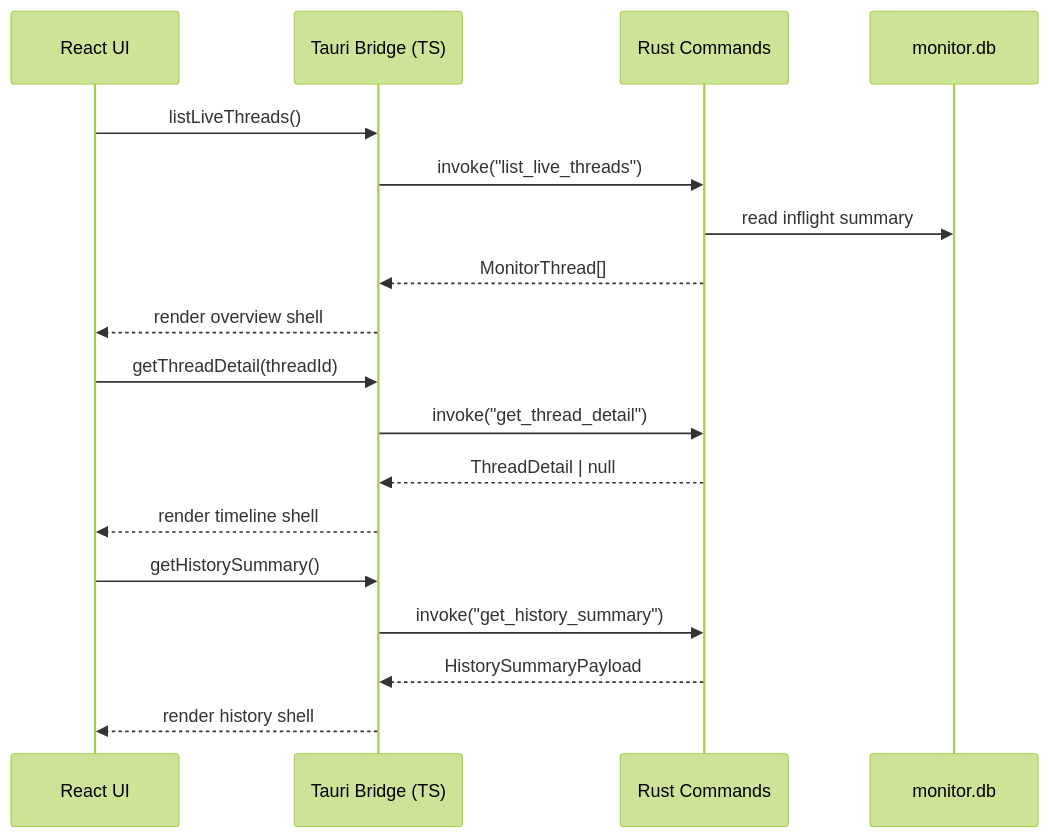
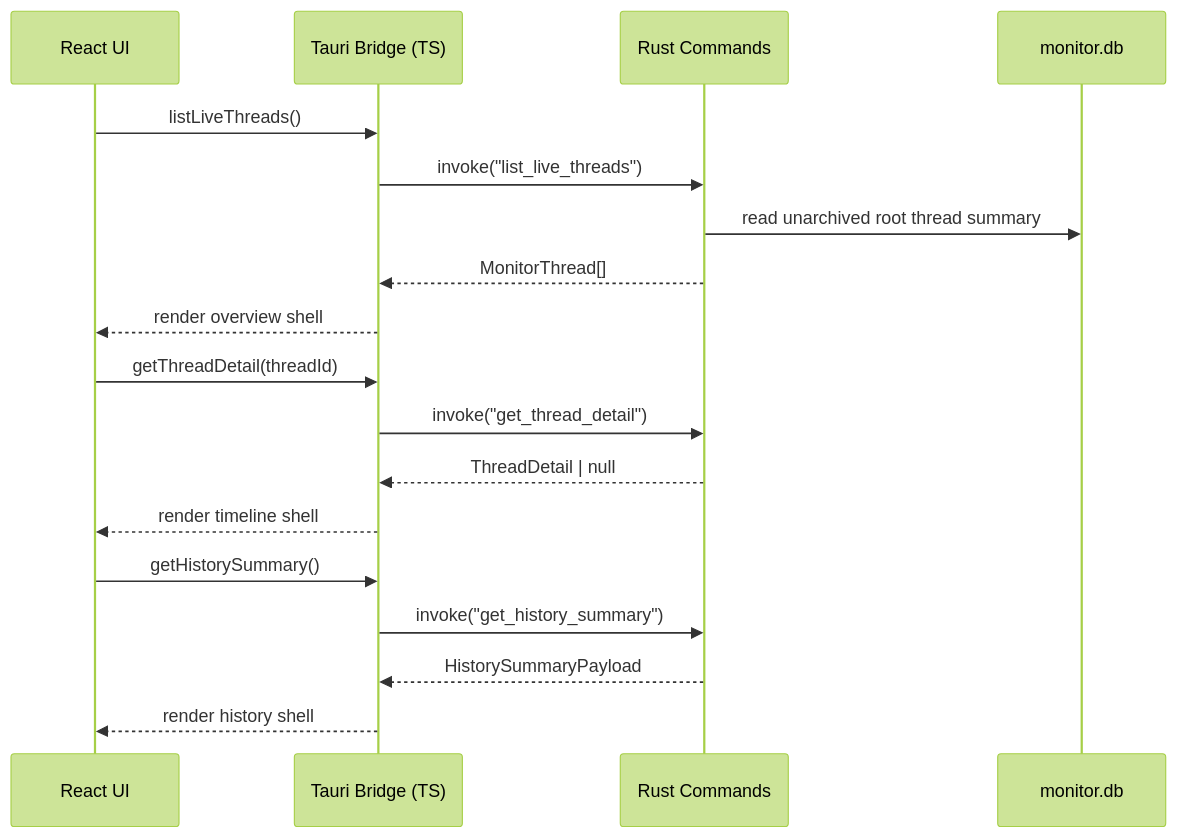
One commit to gihwan-dev/codex-multi-agents-monitor changed the third of 3 diagrams in docs/architecture.md. Above: the diagram before and after it, drawn with Mermaid (forest theme).

Commit message:
docs(architecture): live semantics 문서 동기화

````diff
--- a/docs/architecture.md
+++ b/docs/architecture.md
@@ -29,23 +29,23 @@
 ```mermaid
 sequenceDiagram
     participant UI as React UI
     participant Bridge as Tauri Bridge (TS)
     participant Cmd as Rust Commands
     participant DB as monitor.db
 
     UI->>Bridge: listLiveThreads()
     Bridge->>Cmd: invoke("list_live_threads")
-    Cmd->>DB: read inflight summary
+    Cmd->>DB: read unarchived root thread summary
     Cmd-->>Bridge: MonitorThread[]
     Bridge-->>UI: render overview shell
 
     UI->>Bridge: getThreadDetail(threadId)
     Bridge->>Cmd: invoke("get_thread_detail")
     Cmd-->>Bridge: ThreadDetail | null
     Bridge-->>UI: render timeline shell
 
     UI->>Bridge: getHistorySummary()
     Bridge->>Cmd: invoke("get_history_summary")
     Cmd-->>Bridge: HistorySummaryPayload
     Bridge-->>UI: render history shell
 ```
````
